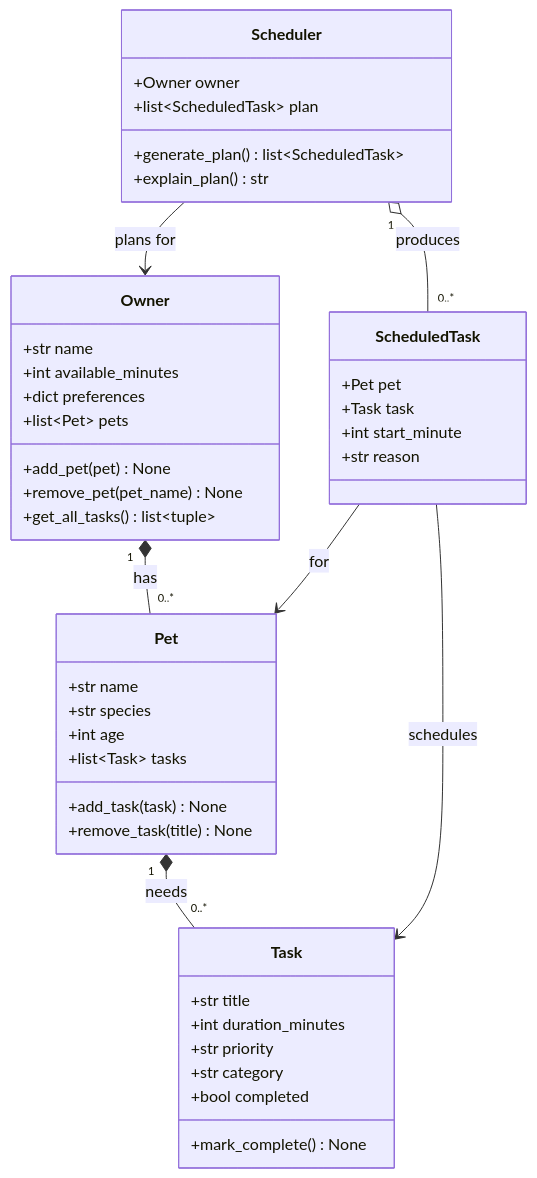
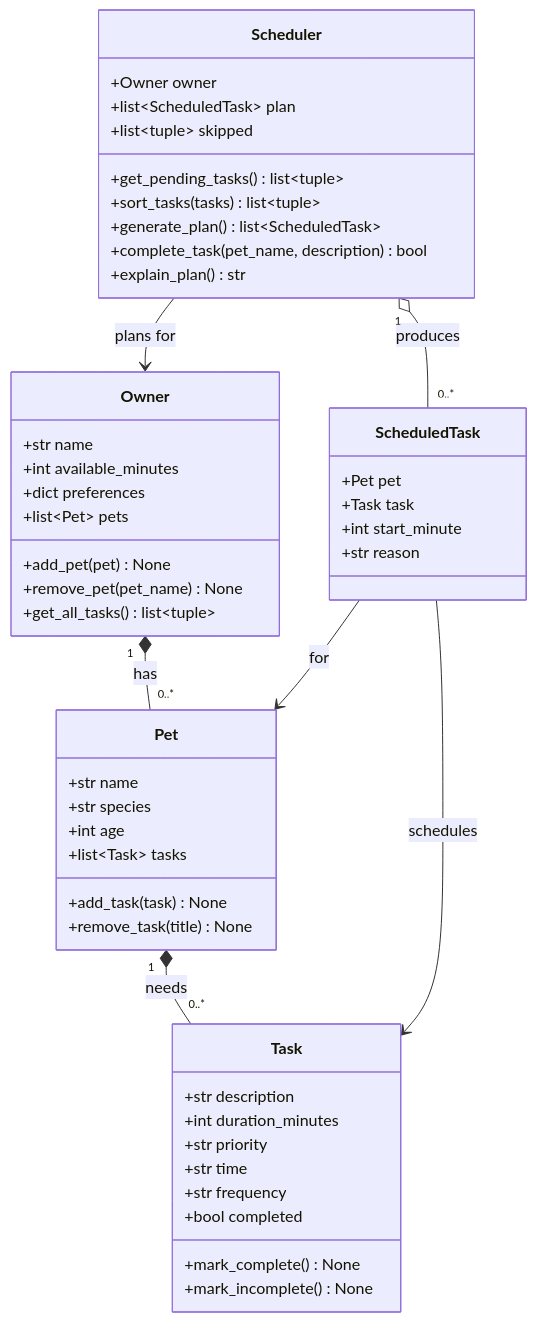
One commit to Samda-ux/ai110-module2show-pawpal-starter changed the diagram in diagrams/uml.mmd. Above: the diagram before and after it, drawn with Mermaid. The commit also changed 6 other files, not shown here.

```diff
--- a/diagrams/uml.mmd
+++ b/diagrams/uml.mmd
@@ -1,49 +1,55 @@
 classDiagram
     class Owner {
         +str name
         +int available_minutes
         +dict preferences
         +list~Pet~ pets
         +add_pet(pet) None
         +remove_pet(pet_name) None
         +get_all_tasks() list~tuple~
     }
 
     class Pet {
         +str name
         +str species
         +int age
         +list~Task~ tasks
         +add_task(task) None
         +remove_task(title) None
     }
 
     class Task {
-        +str title
+        +str description
         +int duration_minutes
         +str priority
-        +str category
+        +str time
+        +str frequency
         +bool completed
         +mark_complete() None
+        +mark_incomplete() None
     }
 
     class ScheduledTask {
         +Pet pet
         +Task task
         +int start_minute
         +str reason
     }
 
     class Scheduler {
         +Owner owner
         +list~ScheduledTask~ plan
+        +list~tuple~ skipped
+        +get_pending_tasks() list~tuple~
+        +sort_tasks(tasks) list~tuple~
         +generate_plan() list~ScheduledTask~
+        +complete_task(pet_name, description) bool
         +explain_plan() str
     }
 
     Owner "1" *-- "0..*" Pet : has
     Pet "1" *-- "0..*" Task : needs
     Scheduler --> Owner : plans for
     Scheduler "1" o-- "0..*" ScheduledTask : produces
     ScheduledTask --> Pet : for
     ScheduledTask --> Task : schedules
```
